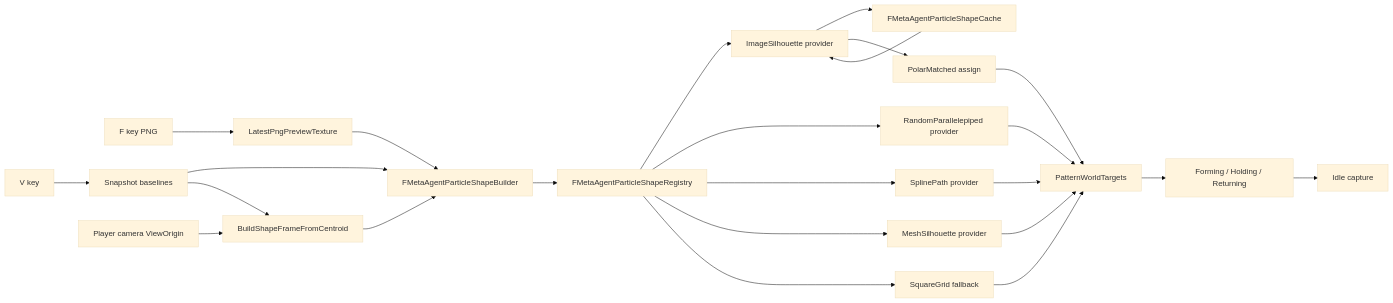
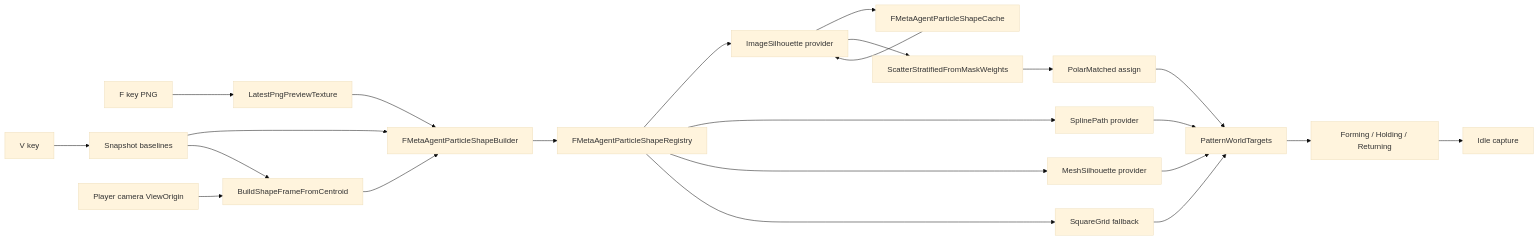
One commit to vecnode/metaagent-ue5-plugin changed diagram 13 of 14 in README.md. Above: the diagram before and after it, drawn with Mermaid (base theme). The commit also changed other lines of this file and 12 other files, not shown here.

Commit message:
Removing random box sculpt

````diff
--- a/README.md
+++ b/README.md
@@ -790,26 +872,25 @@
 ```mermaid
 flowchart LR
     F[F key PNG] --> TEX[LatestPngPreviewTexture]
     V[V key] --> SNAP[Snapshot baselines]
     SNAP --> BUILDER[FMetaAgentParticleShapeBuilder]
     TEX --> BUILDER
     CAM[Player camera ViewOrigin] --> FRAME[BuildShapeFrameFromCentroid]
     SNAP --> FRAME
     FRAME --> BUILDER
     BUILDER --> REG[FMetaAgentParticleShapeRegistry]
     REG --> IMG[ImageSilhouette provider]
-    REG --> BOX[RandomParallelepiped provider]
     REG --> SPL[SplinePath provider]
     REG --> MSH[MeshSilhouette provider]
     REG --> GRID[SquareGrid fallback]
     IMG --> CACHE[FMetaAgentParticleShapeCache]
     CACHE --> IMG
-    IMG --> ASSIGN[PolarMatched assign]
+    IMG --> SCATTER[ScatterStratifiedFromMaskWeights]
+    SCATTER --> ASSIGN[PolarMatched assign]
     ASSIGN --> TGT[PatternWorldTargets]
-    BOX --> TGT
     SPL --> TGT
     MSH --> TGT
     GRID --> TGT
     TGT --> CHOREO[Forming / Holding / Returning]
     CHOREO --> IDLE[Idle capture]
 ```
````
